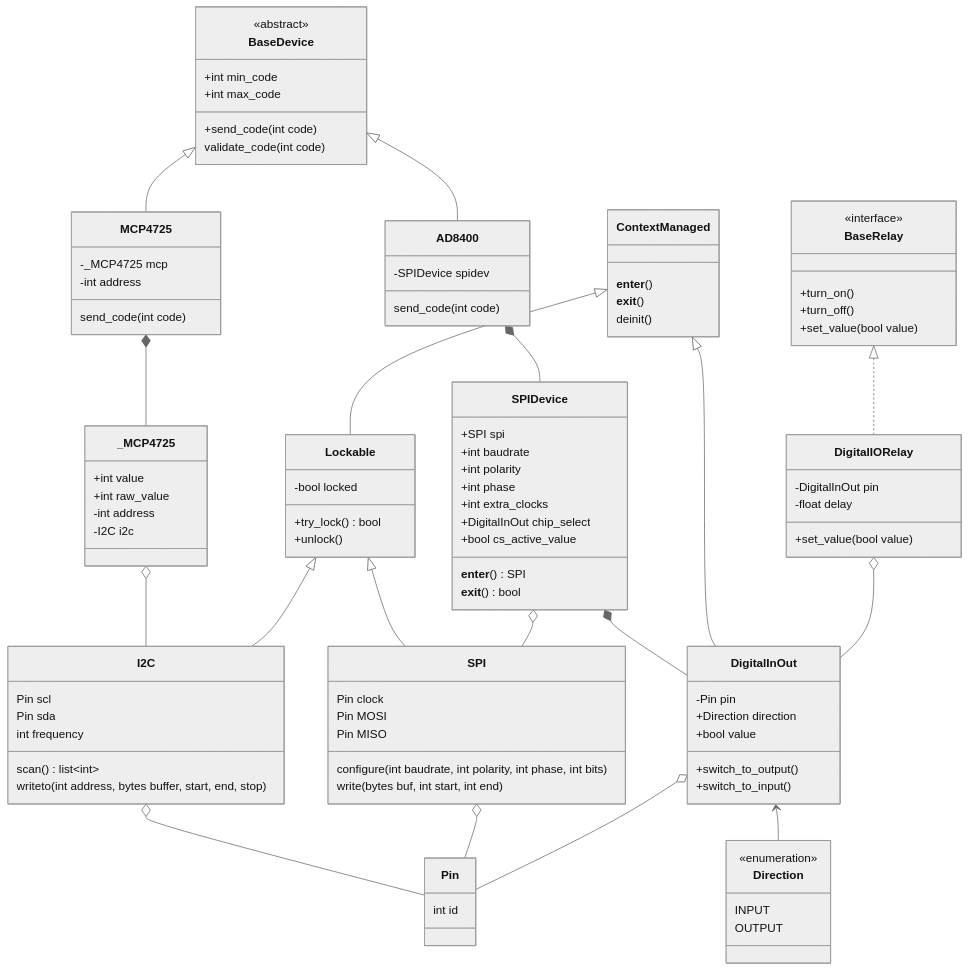
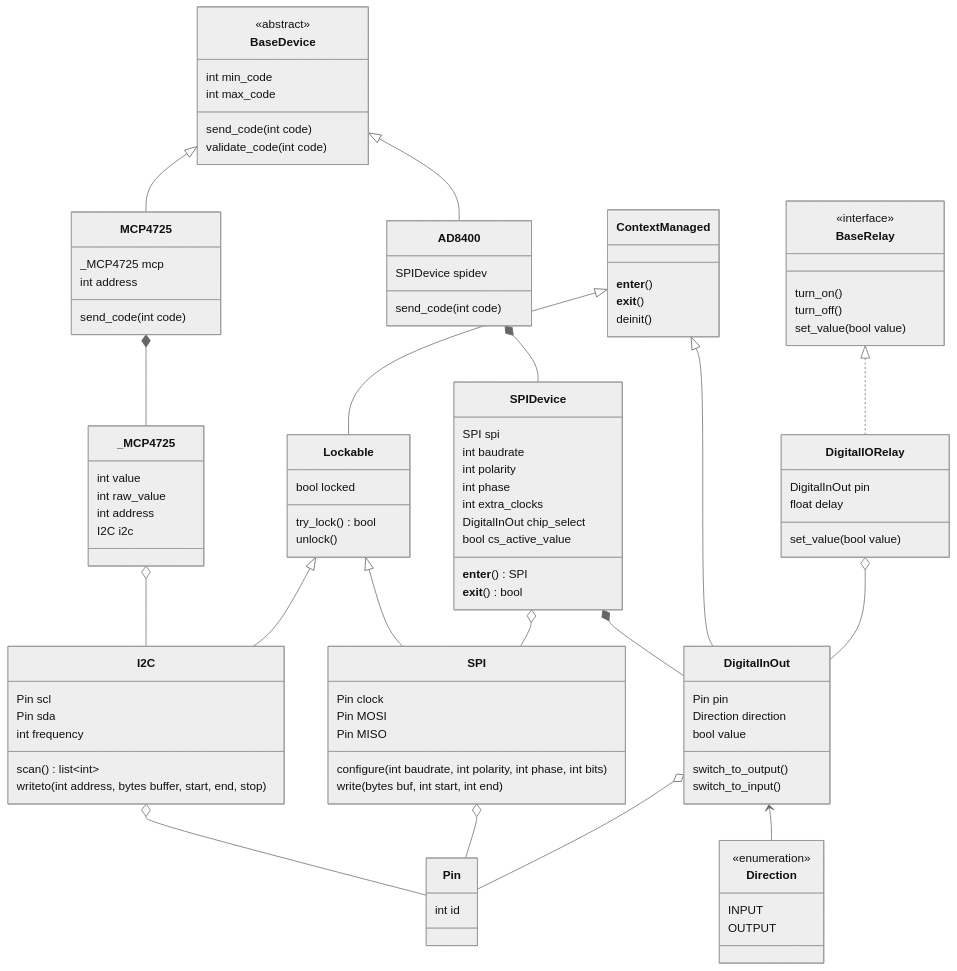
Before and after one commit to Marik28/dissertation: the first of 7 diagrams in data/diagrams/диаграмма классов.md, drawn with Mermaid (neutral theme). The commit also changed other lines of this file and 8 other files, not shown here.

```diff
--- a/data/diagrams/диаграмма классов.md
+++ b/data/diagrams/диаграмма классов.md
@@ -6,34 +6,34 @@
 classDiagram
     class BaseDevice {
         <<abstract>>
-        +int min_code
-        +int max_code
-        +send_code(int code)
+        int min_code
+        int max_code
+        send_code(int code)
         validate_code(int code)
     }
     
     class AD8400 {
-        -SPIDevice spidev
+        SPIDevice spidev
         send_code(int code)
     }
     
     class MCP4725 {
-        -_MCP4725 mcp 
-        -int address
+        _MCP4725 mcp 
+        int address
         send_code(int code)
     }
     
     class BaseRelay {
     <<interface>>
-        +turn_on()
-        +turn_off()
-        +set_value(bool value)
+        turn_on()
+        turn_off()
+        set_value(bool value)
     }
     
     class DigitalIORelay {
-        -DigitalInOut pin
-        -float delay
-        +set_value(bool value)
+        DigitalInOut pin
+        float delay
+        set_value(bool value)
     }
     
     class I2C {
@@ -53,30 +53,30 @@
     }
     
     class SPIDevice{
-        +SPI spi
-        +int baudrate
-        +int polarity
-        +int phase
-        +int extra_clocks
-        +DigitalInOut chip_select
-        +bool cs_active_value
+        SPI spi
+        int baudrate
+        int polarity
+        int phase
+        int extra_clocks
+        DigitalInOut chip_select
+        bool cs_active_value
         __enter__() SPI
         __exit__() bool
     }
 
     class _MCP4725 {
-        +int value
-        +int raw_value
-        -int address
-        -I2C i2c
+        int value
+        int raw_value
+        int address
+        I2C i2c
     }
     
     class DigitalInOut {
-        -Pin pin
-        +Direction direction
-        +bool value
-        +switch_to_output()
-        +switch_to_input()
+        Pin pin
+        Direction direction
+        bool value
+        switch_to_output()
+        switch_to_input()
     } 
     
     class Direction {
@@ -90,9 +90,9 @@
     }
    
     class Lockable {
-        -bool locked 
-        +try_lock() bool
-        +unlock() 
+        bool locked 
+        try_lock() bool
+        unlock() 
     }
     
     class ContextManaged {
```
